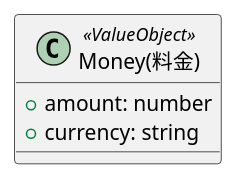
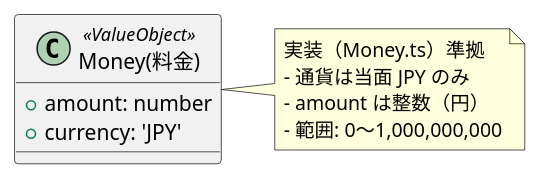
The diagram in src/Domain/models/shared/Money/Money.pu (misdo-tabeyo/funny-reservation), drawn with PlantUML before and after one commit. The commit also changed 7 other files, not shown here.

Commit message:
docs: ドメインモデル図を実装に合わせて更新

```diff
--- a/src/Domain/models/shared/Money/Money.pu
+++ b/src/Domain/models/shared/Money/Money.pu
@@ -1,6 +1,13 @@
 @startuml Money
 class "Money(料金)" as Money <<ValueObject>> {
   + amount: number
-  + currency: string
+  + currency: 'JPY'
 }
+
+note right of Money
+  実装（Money.ts）準拠
+  - 通貨は当面 JPY のみ
+  - amount は整数（円）
+  - 範囲: 0〜1,000,000,000
+end note
 @enduml
```
